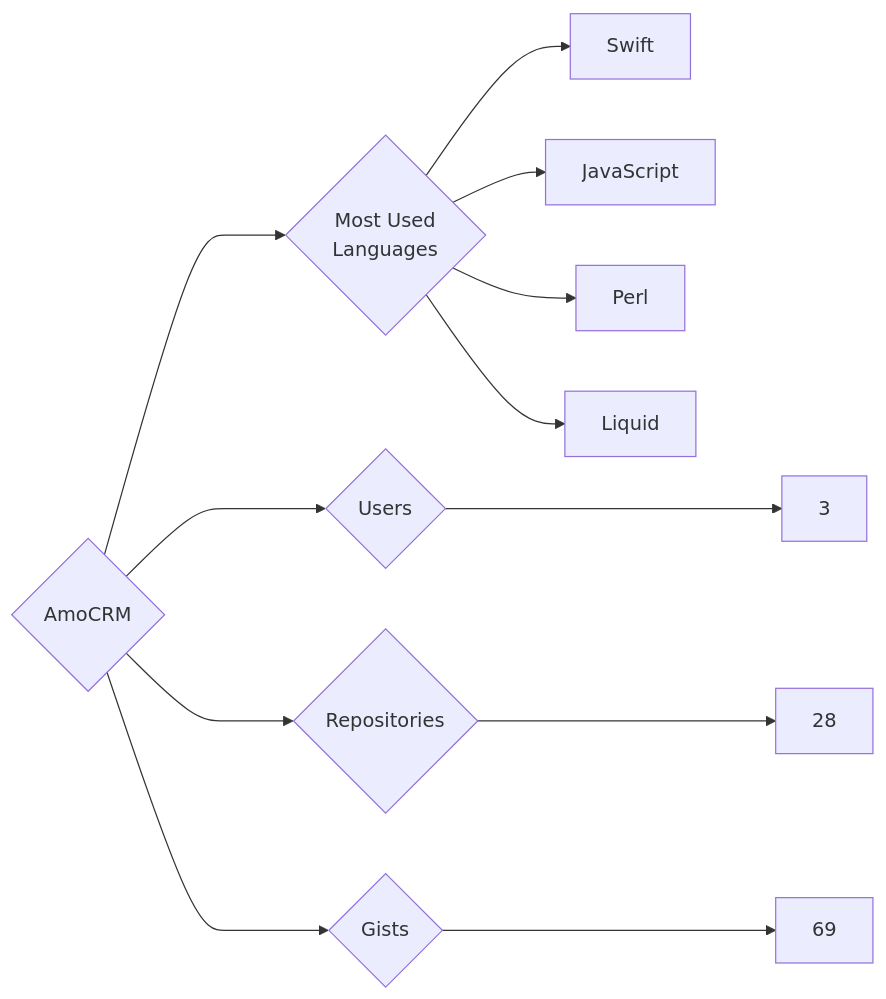
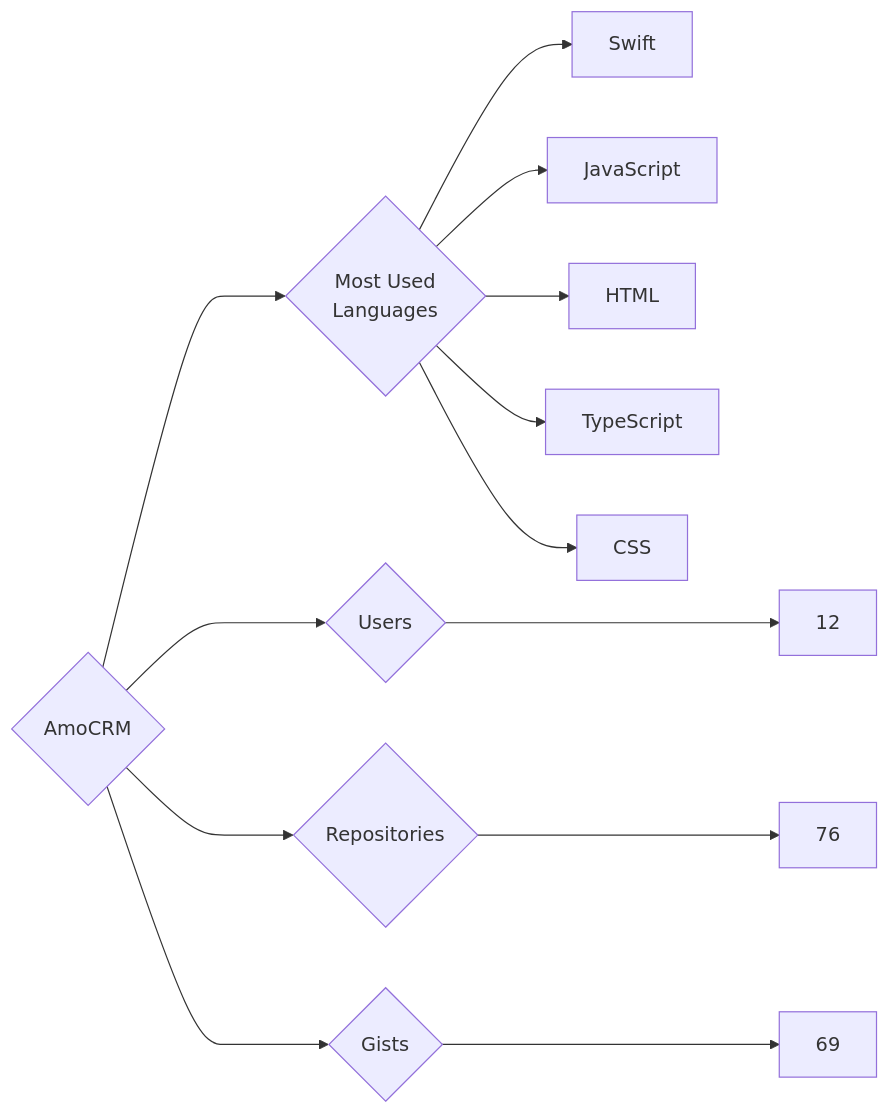
The diagram in targets/AmoCRM/README.md (trickest/insiders), drawn with Mermaid before and after one commit. The commit also changed 682 other files, not shown here.

````diff
--- a/targets/AmoCRM/README.md
+++ b/targets/AmoCRM/README.md
@@ -3,12 +3,13 @@
 ```mermaid
 graph LR
 COMPANY_NAME{AmoCRM}
-COMPANY_NAME ---> U{Users} ---> UN[3]
-COMPANY_NAME ---> R{Repositories} ---> RN[28]
+COMPANY_NAME ---> U{Users} ---> UN[12]
+COMPANY_NAME ---> R{Repositories} ---> RN[76]
 COMPANY_NAME ---> G{Gists} ---> GN[69]
 COMPANY_NAME ---> ML{Most Used<br>Languages}
 ML --> Swift[Swift]
 ML --> JavaScript[JavaScript]
-ML --> Perl[Perl]
-ML --> Liquid[Liquid]
+ML --> HTML[HTML]
+ML --> TypeScript[TypeScript]
+ML --> CSS[CSS]
 ```
````
